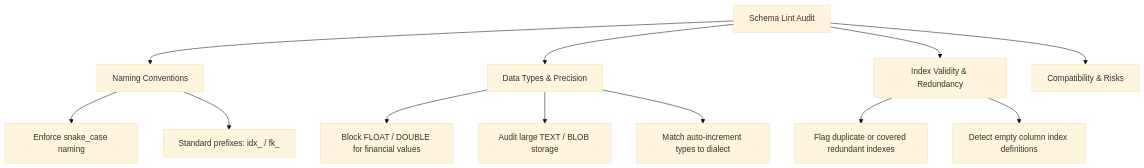
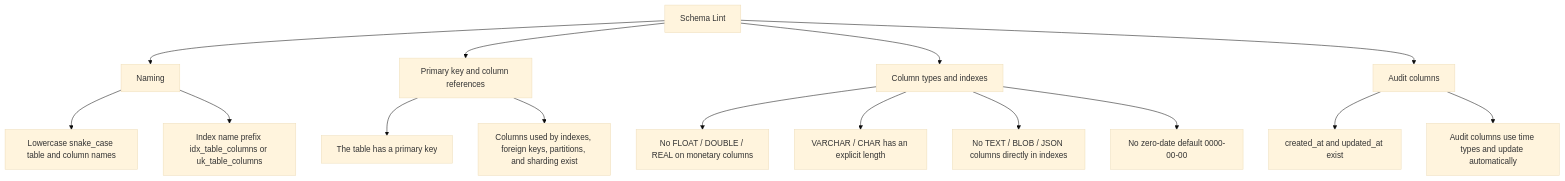
The diagram in apps/docs/en/advanced/schema-lint.md (xingkaixin/dddlbuilder), drawn with Mermaid (base theme) before and after one commit. The commit also changed other lines of this file and 51 other files, not shown here.

````diff
--- a/apps/docs/en/advanced/schema-lint.md
+++ b/apps/docs/en/advanced/schema-lint.md
@@ -15,17 +15,21 @@
 ```mermaid
 graph TD
-    Lint[Schema Lint Audit] --> Naming[Naming Conventions]
-    Lint --> Types[Data Types & Precision]
-    Lint --> Indexes[Index Validity & Redundancy]
-    Lint --> Risks[Compatibility & Risks]
-    
-    Naming --> N1[Enforce snake_case naming]
-    Naming --> N2[Standard prefixes: idx_ / fk_]
-    
-    Types --> T1[Block FLOAT / DOUBLE for financial values]
-    Types --> T2[Audit large TEXT / BLOB storage]
-    Types --> T3[Match auto-increment types to dialect]
-    
-    Indexes --> I1[Flag duplicate or covered redundant indexes]
-    Indexes --> I2[Detect empty column index definitions]
+    Lint[Schema Lint] --> Naming[Naming]
+    Lint --> Keys[Primary key and column references]
+    Lint --> Types[Column types and indexes]
+    Lint --> Audit[Audit columns]
+
+    Naming --> N1[Lowercase snake_case table and column names]
+    Naming --> N2[Index name prefix idx_table_columns or uk_table_columns]
+
+    Keys --> K1[The table has a primary key]
+    Keys --> K2[Columns used by indexes, foreign keys, partitions, and sharding exist]
+
+    Types --> T1[No FLOAT / DOUBLE / REAL on monetary columns]
+    Types --> T2[VARCHAR / CHAR has an explicit length]
+    Types --> T3[No TEXT / BLOB / JSON columns directly in indexes]
+    Types --> T4[No zero-date default 0000-00-00]
+
+    Audit --> A1[created_at and updated_at exist]
+    Audit --> A2[Audit columns use time types and update automatically]
 ```
````
